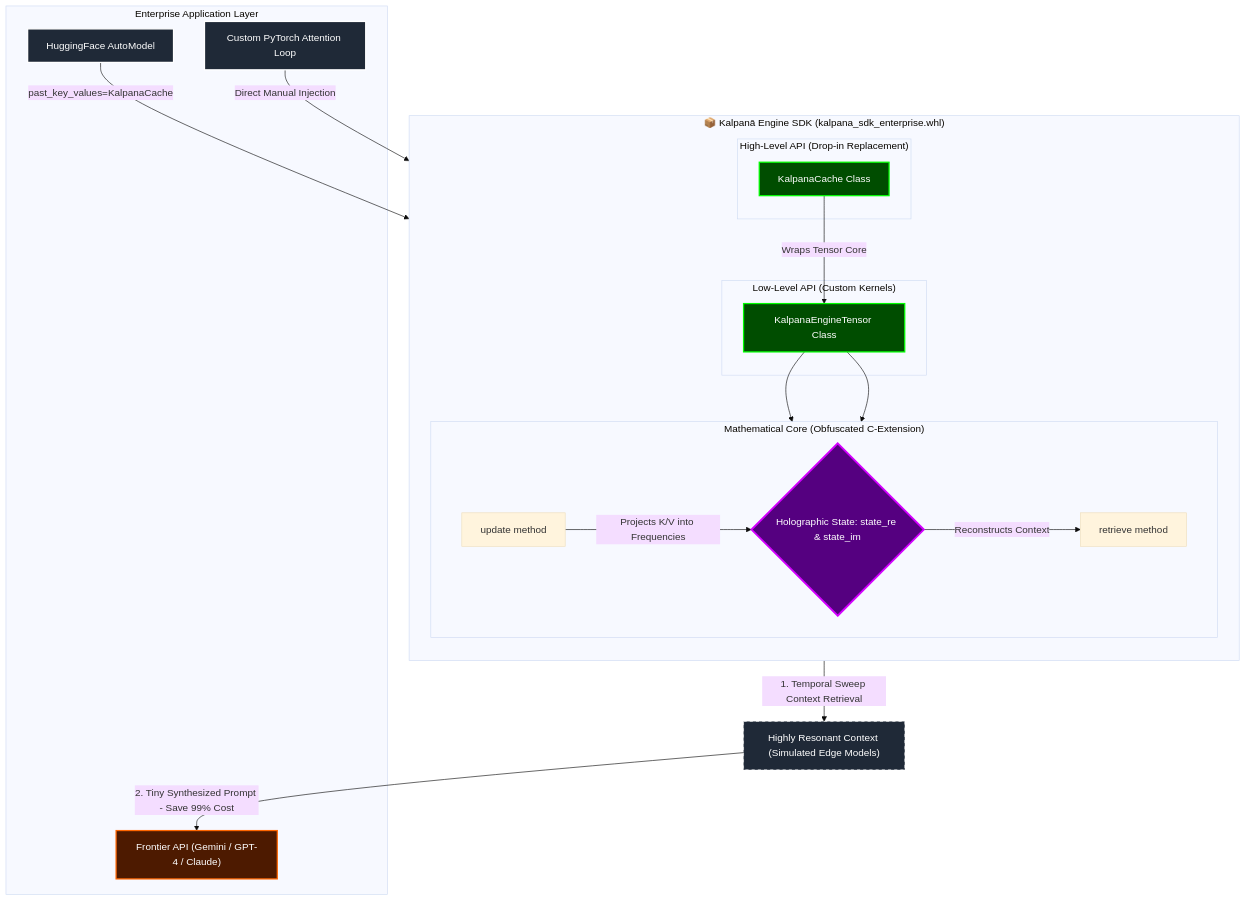
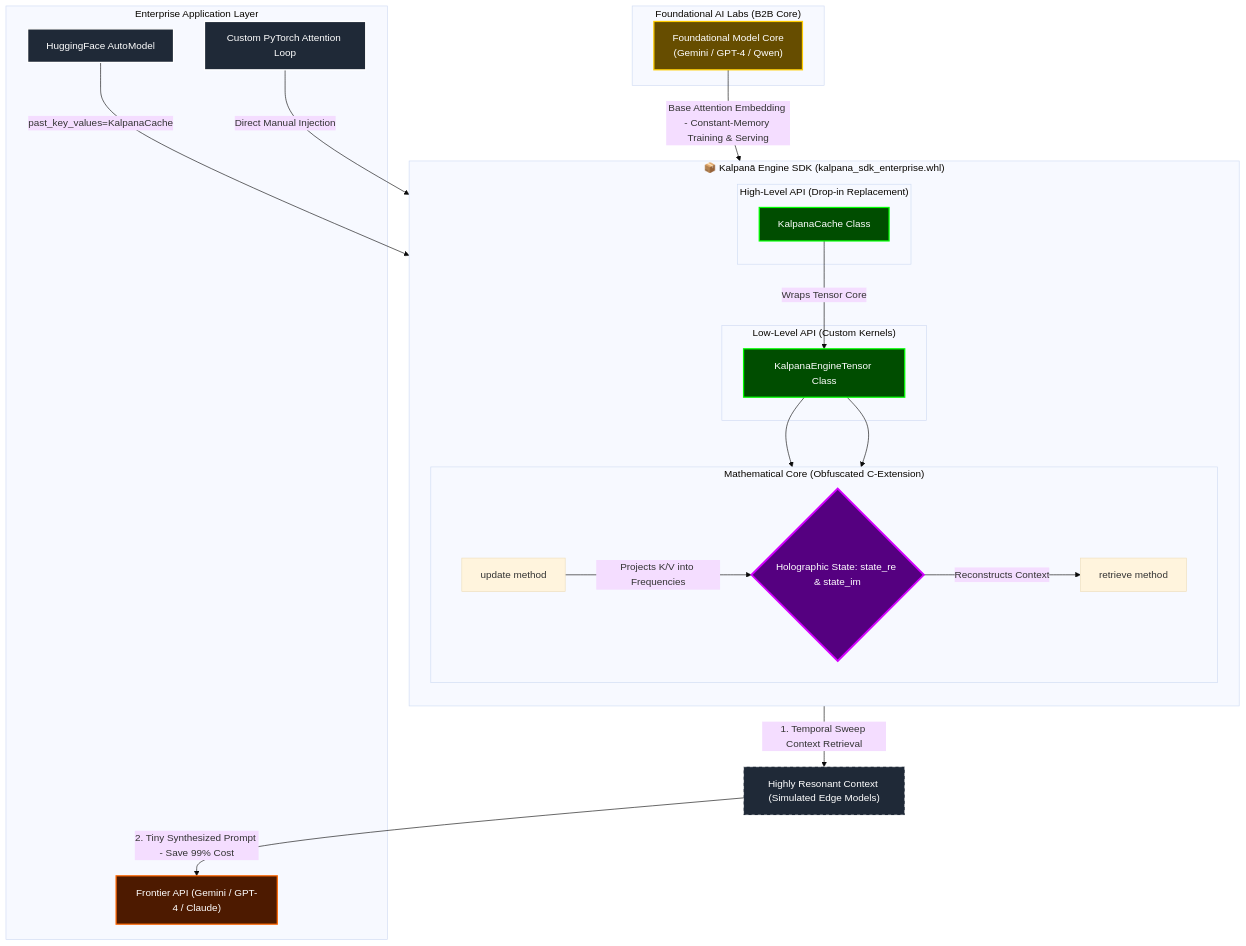
One commit to maduperera/Kalpana-Engine-SDK changed the diagram in README.md. Above: the diagram before and after it, drawn with Mermaid (base theme).

Commit message:
docs: add Foundational AI Labs direct integration path to public SDK architecture diagram

````diff
--- a/README.md
+++ b/README.md
@@ -5,49 +5,55 @@
 ```mermaid
 graph TD
+    subgraph "Foundational AI Labs (B2B Core)"
+        Foundational["Foundational Model Core<br>(Gemini / GPT-4 / Qwen)"]
+    end
+
     subgraph "Enterprise Application Layer"
         HF[HuggingFace AutoModel]
         Custom[Custom PyTorch Attention Loop]
         ClosedAPI["Frontier API (Gemini / GPT-4 / Claude)"]
     end
 
     subgraph "📦 Kalpanā Engine SDK (kalpana_sdk_enterprise.whl)"
         direction TB
         
         subgraph "High-Level API (Drop-in Replacement)"
             Cache[KalpanaCache Class]
         end
         
         subgraph "Low-Level API (Custom Kernels)"
             Tensor[KalpanaEngineTensor Class]
         end
         
         subgraph "Mathematical Core (Obfuscated C-Extension)"
             direction LR
             Update[update method]
             Retrieve[retrieve method]
             RIF{Holographic State: state_re & state_im}
             
             Update -->|Projects K/V into Frequencies| RIF
             RIF -->|Reconstructs Context| Retrieve
         end
         
         Cache -->|Wraps Tensor Core| Tensor
         Tensor --> Update
         Tensor --> Retrieve
     end
 
     HF -- "past_key_values=KalpanaCache" --> Cache
     Custom -- "Direct Manual Injection" --> Tensor
+    Foundational -->|Base Attention Embedding - Constant-Memory Training & Serving| Tensor
     
     %% Hybrid Integration Path
     Cache -->|1. Temporal Sweep Context Retrieval| LocalContext["Highly Resonant Context (Simulated Edge Models)"]
     LocalContext -->|2. Tiny Synthesized Prompt - Save 99% Cost| ClosedAPI
 
     style HF fill:#1f2937,stroke:#fff,stroke-width:2px,color:#fff
     style Custom fill:#1f2937,stroke:#fff,stroke-width:2px,color:#fff
     style ClosedAPI fill:#4d1a00,stroke:#ff6600,stroke-width:2px,color:#fff
     style Cache fill:#004d00,stroke:#00ff00,stroke-width:2px,color:#fff
     style Tensor fill:#004d00,stroke:#00ff00,stroke-width:2px,color:#fff
     style RIF fill:#550080,stroke:#d400ff,stroke-width:3px,color:#fff
     style LocalContext fill:#1f2937,stroke:#fff,stroke-dasharray: 5 5,color:#fff
+    style Foundational fill:#664d00,stroke:#ffcc00,stroke-width:2px,color:#fff
 ```
````
